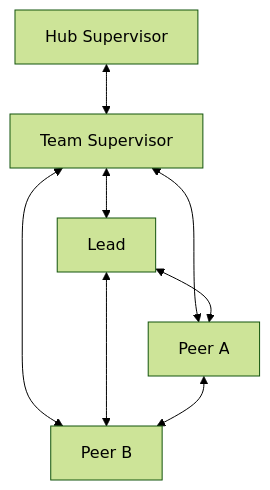
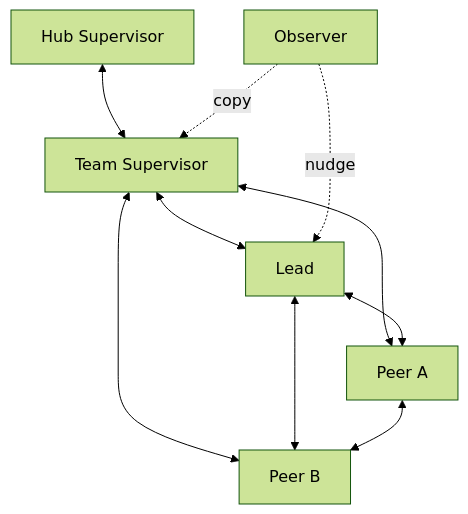
One commit to ReinaMacCredy/maestro changed the diagram in README.md. Above: the diagram before and after it, drawn with Mermaid (forest theme). The commit also changed other lines of this file and 5 other files, not shown here.

````diff
--- a/README.md
+++ b/README.md
@@ -72,10 +72,12 @@
 ```mermaid
 flowchart TB
   Hub["Hub Supervisor"] <--> Team["Team Supervisor"]
   Team <--> Lead
   Team <--> PeerA["Peer A"]
   Team <--> PeerB["Peer B"]
   Lead <--> PeerA
   Lead <--> PeerB
   PeerA <--> PeerB
+  Observer["Observer"] -. nudge .-> Lead
+  Observer -. copy .-> Team
 ```
````
